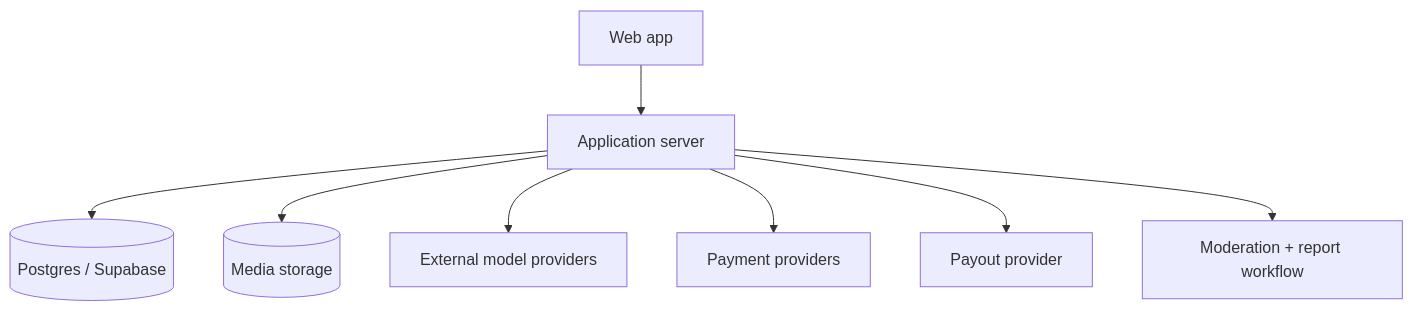
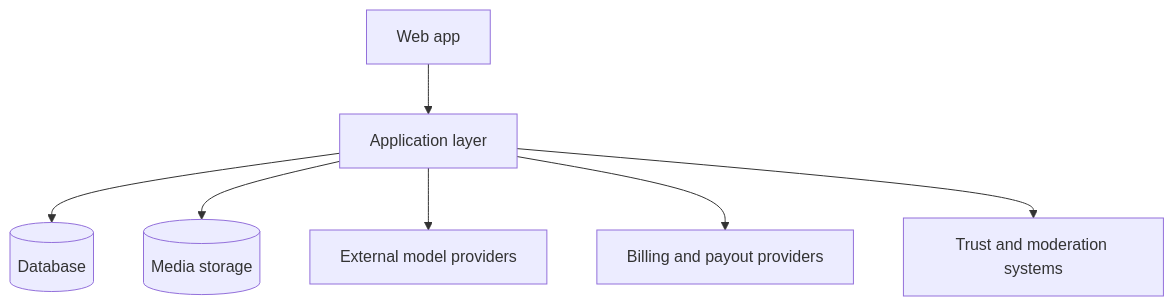
Before and after one commit to hajar-eddal/marcelix_documentation: the diagram in docs/architecture.md, drawn with Mermaid. The commit also changed other lines of this file and 5 other files, not shown here.

````diff
--- a/docs/architecture.md
+++ b/docs/architecture.md
@@ -30,10 +19,9 @@
 ```mermaid
 flowchart TB
-    A[Web app] --> B[Application server]
-    B --> C[(Postgres / Supabase)]
+    A[Web app] --> B[Application layer]
+    B --> C[(Database)]
     B --> D[(Media storage)]
     B --> E[External model providers]
-    B --> F[Payment providers]
-    B --> G[Payout provider]
-    B --> H[Moderation + report workflow]
+    B --> F[Billing and payout providers]
+    B --> G[Trust and moderation systems]
 ```
````
